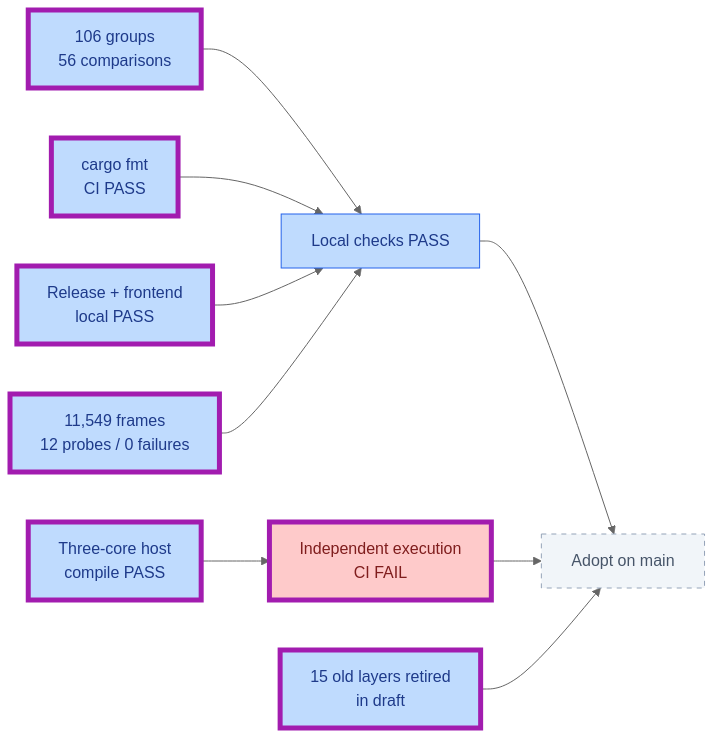
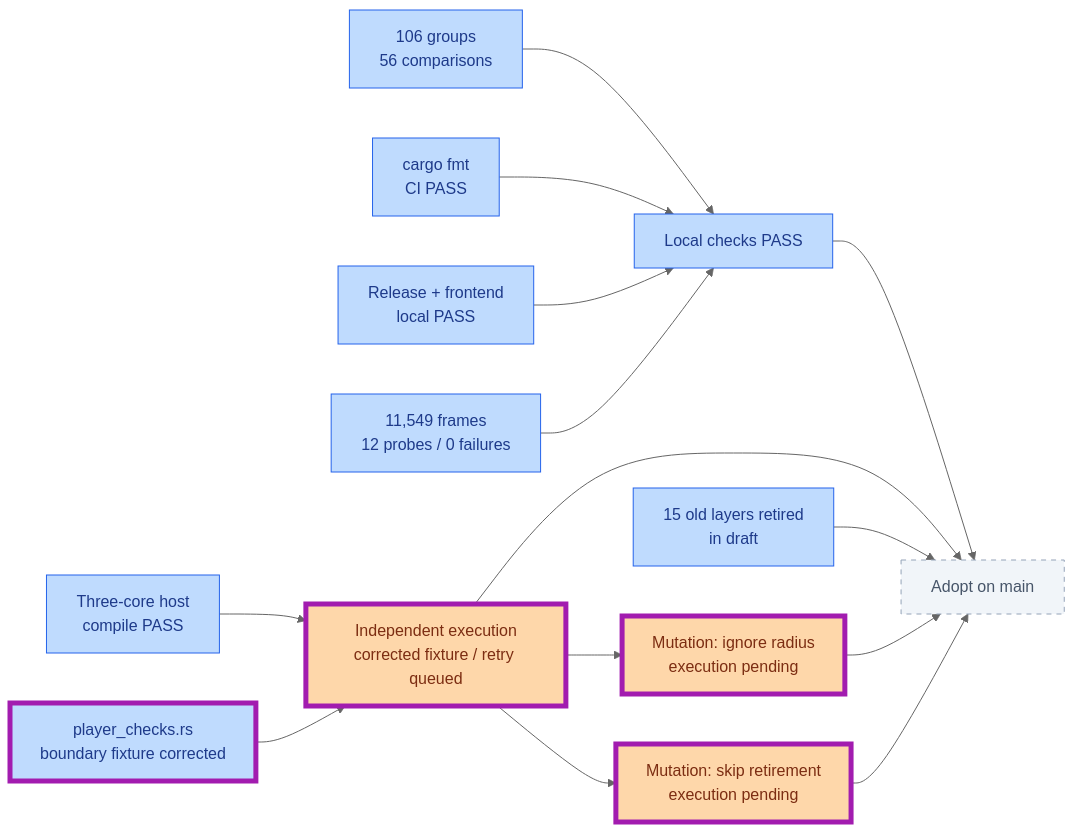
The second of 8 diagrams in PROGRESS.md (JimLundin/sm-decomp), drawn with Mermaid (neutral theme) before and after one commit. The commit also changed other lines of this file and 7 other files, not shown here.

Commit message:
Correct beam boundary fixture and require mutation checks; format and host compile pass

````diff
--- a/PROGRESS.md
+++ b/PROGRESS.md
@@ -55,18 +54,23 @@
 ```mermaid
 flowchart LR
     REF["106 groups<br/>56 comparisons"]:::checked --> LOCAL["Local checks PASS"]:::checked
     FMT["cargo fmt<br/>CI PASS"]:::checked --> LOCAL
     BUILD["Release + frontend<br/>local PASS"]:::checked --> LOCAL
     MOVIE["11,549 frames<br/>12 probes / 0 failures"]:::checked --> LOCAL
-    COMPILE["Three-core host<br/>compile PASS"]:::checked --> HOST["Independent execution<br/>CI FAIL"]:::failed
+    COMPILE["Three-core host<br/>compile PASS"]:::checked --> HOST["Independent execution<br/>corrected fixture / retry queued"]:::active
     LOCAL --> ADOPT["Adopt on main"]:::pending
     HOST --> ADOPT
     RETIRE["15 old layers retired<br/>in draft"]:::checked --> ADOPT
-    class REF,FMT,BUILD,MOVIE,COMPILE,RETIRE,HOST changed
+    FIX["player_checks.rs<br/>boundary fixture corrected"]:::checked --> HOST
+    HOST --> MUT1["Mutation: ignore radius<br/>execution pending"]:::active
+    HOST --> MUT2["Mutation: skip retirement<br/>execution pending"]:::active
+    MUT1 --> ADOPT
+    MUT2 --> ADOPT
+    class FIX,MUT1,MUT2,HOST changed
     classDef done fill:#bbf7d0,stroke:#15803d,color:#14532d
     classDef checked fill:#bfdbfe,stroke:#2563eb,color:#1e3a8a
     classDef active fill:#fed7aa,stroke:#ea580c,color:#7c2d12
     classDef pending fill:#f1f5f9,stroke:#94a3b8,color:#475569,stroke-dasharray:5 5
     classDef failed fill:#fecaca,stroke:#dc2626,color:#7f1d1d
     classDef changed stroke:#a21caf,stroke-width:5px
 ```
````
